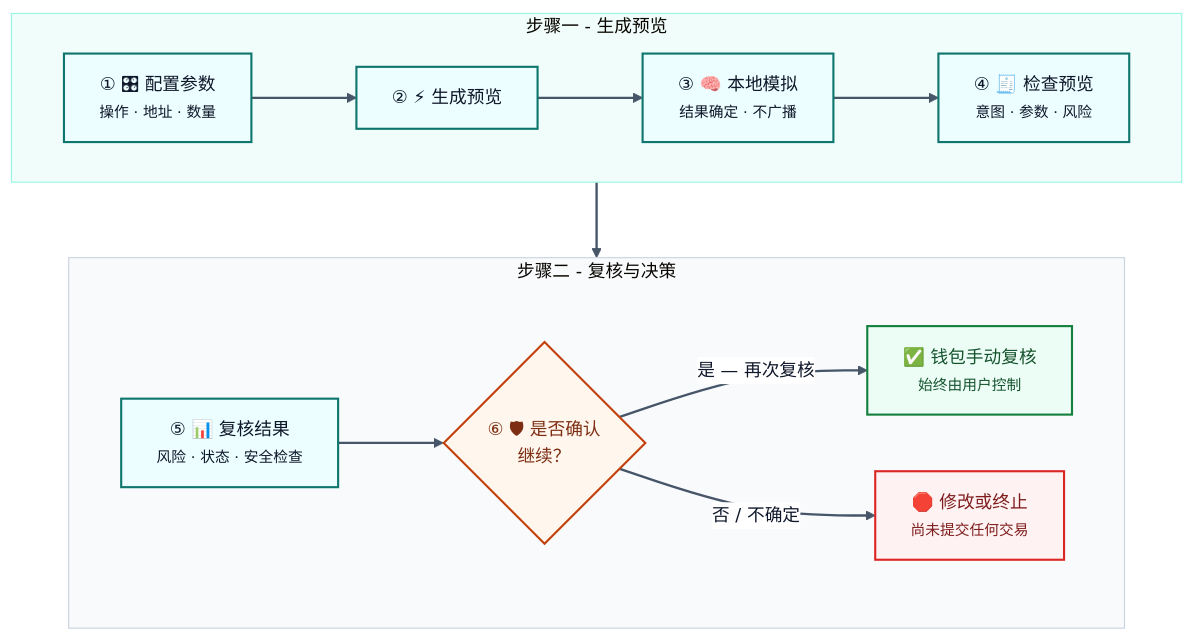
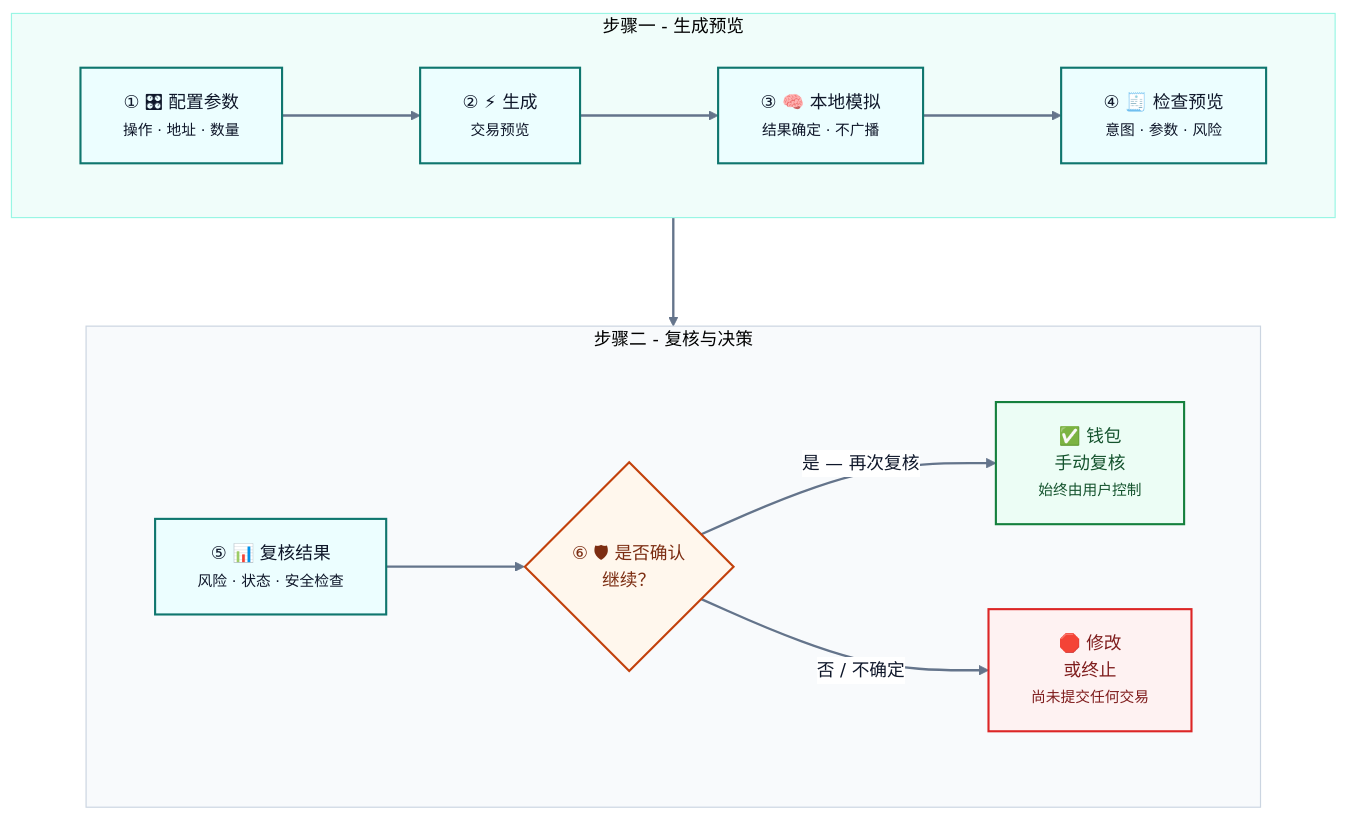
The fifth of 8 diagrams in README.md (sunshineluyao/Moss-Mcp-Transaction), drawn with Mermaid before and after one commit. The commit also changed other lines of this file, not shown here.

Commit message:
Polish Mermaid chart readability

````diff
--- a/README.md
+++ b/README.md
@@ -542,32 +542,32 @@
 ```mermaid
-%%{init: {'theme':'base','flowchart': {'htmlLabels': true, 'nodeSpacing': 48, 'rankSpacing': 64, 'curve': 'basis'},'themeVariables': {'fontFamily':'Inter, Segoe UI, sans-serif','fontSize':'15px','primaryTextColor':'#0f172a','lineColor':'#475569','clusterBkg':'#f8fafc','clusterBorder':'#cbd5e1','edgeLabelBackground':'#ffffff'}}}%%
+%%{init: {'theme':'base','flowchart': {'htmlLabels': true, 'nodeSpacing': 72, 'rankSpacing': 92, 'curve': 'basis', 'padding': 18},'themeVariables': {'fontFamily':'Inter, Segoe UI, sans-serif','fontSize':'15px','primaryTextColor':'#0f172a','lineColor':'#64748b','clusterBkg':'#f8fafc','clusterBorder':'#cbd5e1','edgeLabelBackground':'#ffffff','primaryBorderColor':'#2563eb','primaryColor':'#eff6ff'}}}%%
 flowchart TB
   subgraph R1[步骤一 - 生成预览]
     direction LR
-    A["① 🎛 配置参数<br/><small>操作 · 地址 · 数量</small>"] --> B["② ⚡ 生成预览"]
+    A["① 🎛 配置参数<br/><small>操作 · 地址 · 数量</small>"] --> B["② ⚡ 生成<br/><small>交易预览</small>"]
     B --> C["③ 🧠 本地模拟<br/><small>结果确定 · 不广播</small>"]
     C --> D["④ 🧾 检查预览<br/><small>意图 · 参数 · 风险</small>"]
   end
 
   subgraph R2[步骤二 - 复核与决策]
     direction LR
     E["⑤ 📊 复核结果<br/><small>风险 · 状态 · 安全检查</small>"] --> F{"⑥ 🛡 是否确认<br/>继续？"}
-    F -->|是 — 再次复核| G["✅ 钱包手动复核<br/><small>始终由用户控制</small>"]
-    F -->|否 / 不确定| H["🛑 修改或终止<br/><small>尚未提交任何交易</small>"]
+    F -->|是 — 再次复核| G["✅ 钱包<br/>手动复核<br/><small>始终由用户控制</small>"]
+    F -->|否 / 不确定| H["🛑 修改<br/>或终止<br/><small>尚未提交任何交易</small>"]
   end
 
   D --> E
 
   classDef main fill:#ecfeff,stroke:#0f766e,stroke-width:1.8px,color:#0f172a;
   classDef decision fill:#fff7ed,stroke:#c2410c,stroke-width:1.8px,color:#7c2d12;
   classDef success fill:#ecfdf5,stroke:#15803d,stroke-width:1.8px,color:#14532d;
   classDef stop fill:#fef2f2,stroke:#dc2626,stroke-width:1.8px,color:#7f1d1d;
 
   class A,B,C,D,E main;
   class F decision;
   class G success;
   class H stop;
   style R1 fill:#f0fdfa,stroke:#99f6e4,stroke-width:1px
   style R2 fill:#f8fafc,stroke:#cbd5e1,stroke-width:1px
-  linkStyle default stroke:#475569,stroke-width:2px;
+  linkStyle default stroke:#64748b,stroke-width:2px;
 ```
````
